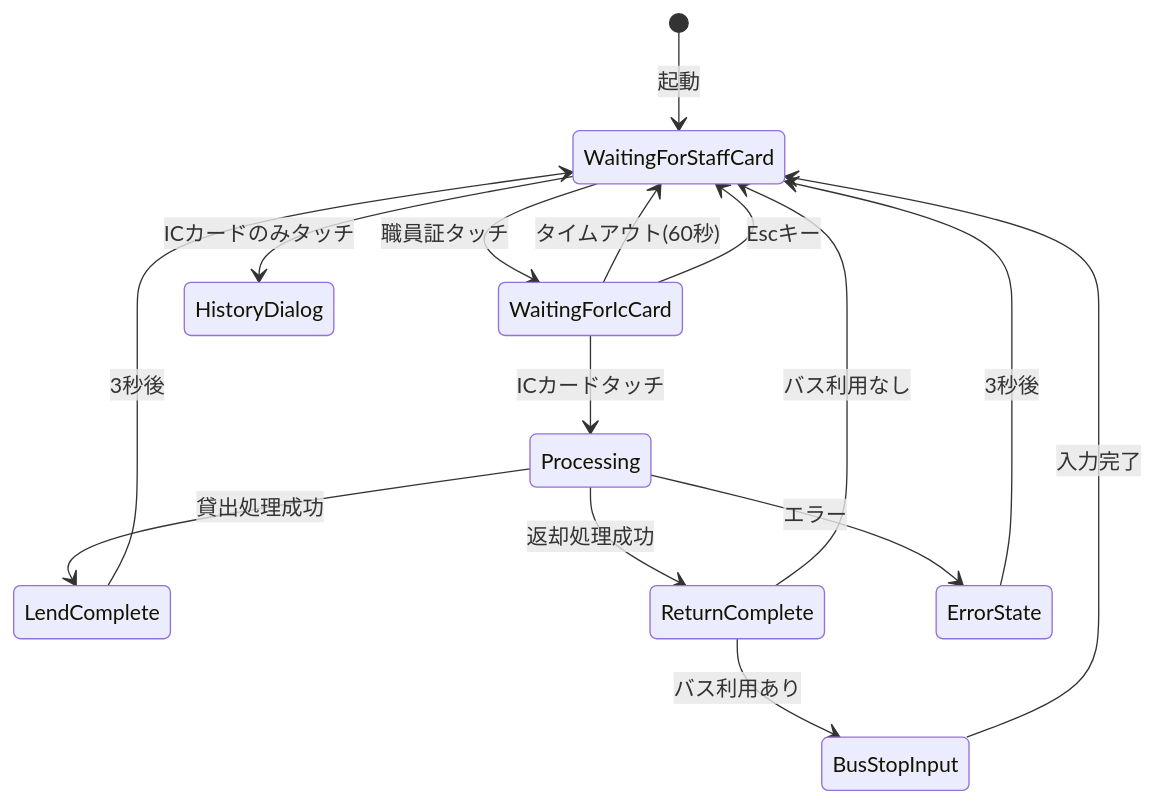
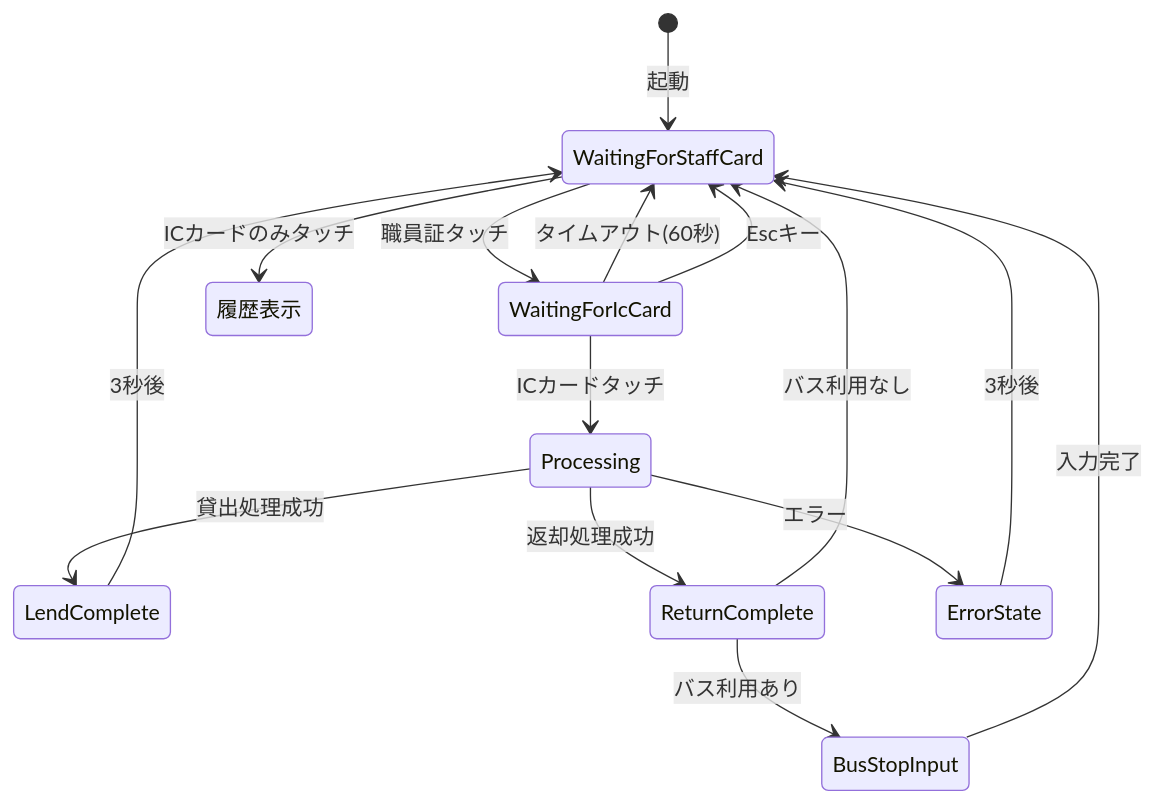
One commit to kuwayamamasayuki/ICCardManager changed the second of 2 diagrams in ICCardManager/docs/design/03_画面設計書.md. Above: the diagram before and after it, drawn with Mermaid. The commit also changed other lines of this file and 7 other files, not shown here.

````diff
--- a/ICCardManager/docs/design/03_画面設計書.md
+++ b/ICCardManager/docs/design/03_画面設計書.md
@@ -146,23 +146,23 @@
 ```mermaid
 stateDiagram-v2
     [*] --> WaitingForStaffCard: 起動
 
     WaitingForStaffCard --> WaitingForIcCard: 職員証タッチ
-    WaitingForStaffCard --> HistoryDialog: ICカードのみタッチ
+    WaitingForStaffCard --> 履歴表示: ICカードのみタッチ
 
     WaitingForIcCard --> Processing: ICカードタッチ
     WaitingForIcCard --> WaitingForStaffCard: タイムアウト(60秒)
     WaitingForIcCard --> WaitingForStaffCard: Escキー
 
     Processing --> LendComplete: 貸出処理成功
     Processing --> ReturnComplete: 返却処理成功
     Processing --> ErrorState: エラー
 
     LendComplete --> WaitingForStaffCard: 3秒後
     ReturnComplete --> BusStopInput: バス利用あり
     ReturnComplete --> WaitingForStaffCard: バス利用なし
 
     BusStopInput --> WaitingForStaffCard: 入力完了
 
     ErrorState --> WaitingForStaffCard: 3秒後
 ```
````
